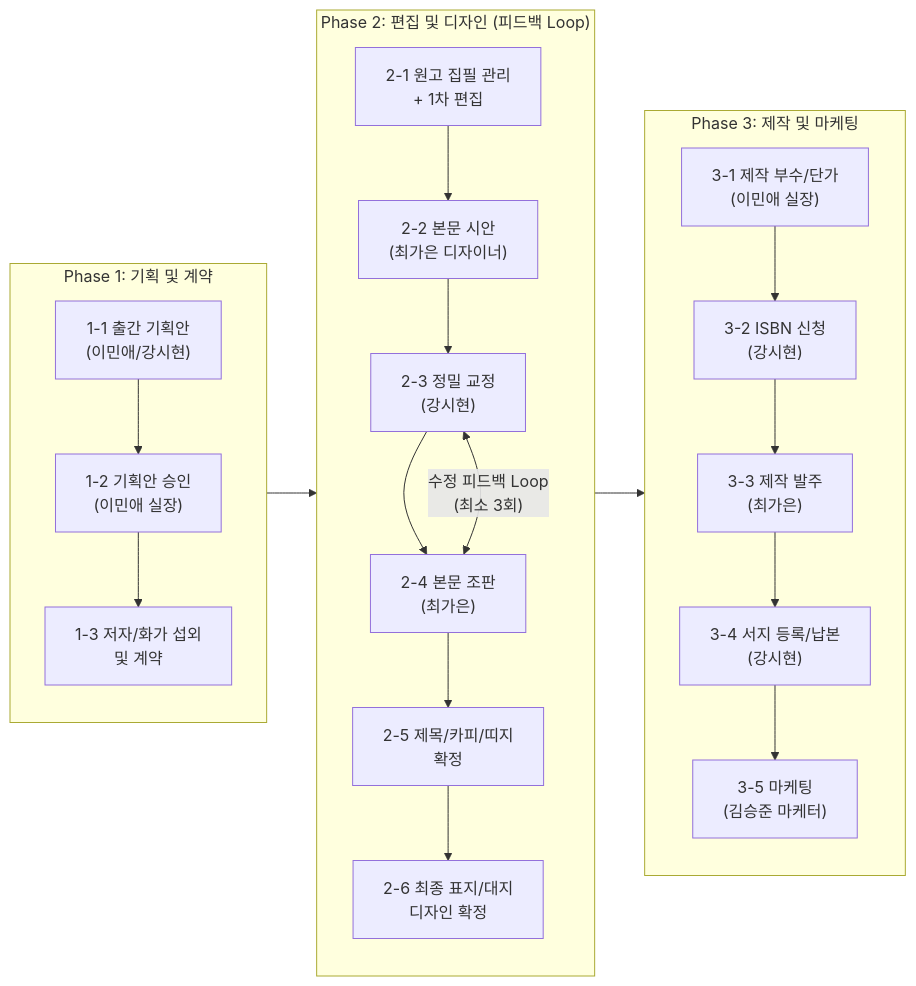
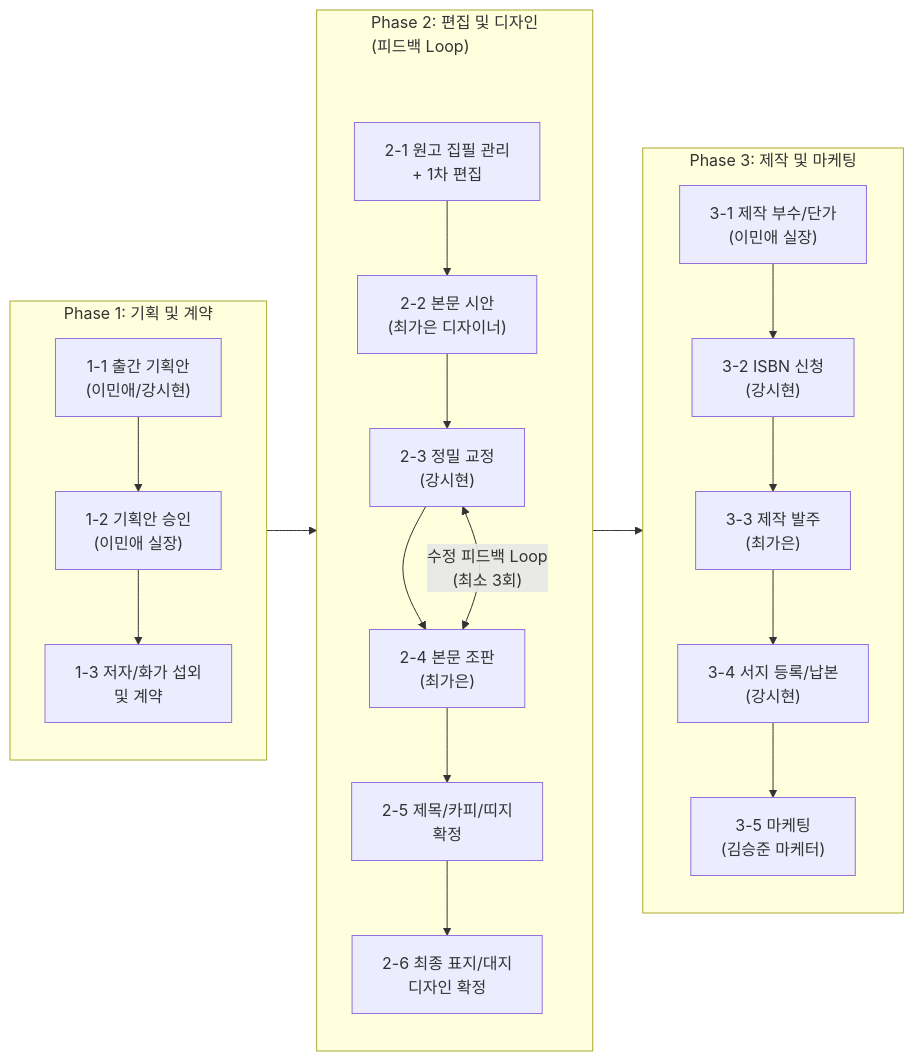
One commit to sknkwoxs/manual-book changed the fifth of 10 diagrams in src/content/docs/goodthinking-isp/02-analysis/business-analysis.md. Above: the diagram before and after it, drawn with Mermaid. The commit also changed other lines of this file and 16 other files, not shown here.

````diff
--- a/src/content/docs/goodthinking-isp/02-analysis/business-analysis.md
+++ b/src/content/docs/goodthinking-isp/02-analysis/business-analysis.md
@@ -168,25 +166,27 @@
 ```mermaid
 flowchart LR
     subgraph P1["Phase 1: 기획 및 계약"]
         E1["1-1 출간 기획안<br/>(이민애/강시현)"] --> E2["1-2 기획안 승인<br/>(이민애 실장)"]
         E2 --> E3["1-3 저자/화가 섭외<br/>및 계약"]
     end
 
-    subgraph P2["Phase 2: 편집 및 디자인 (피드백 Loop)"]
+    subgraph P2["Phase 2: 편집 및 디자인<br/>(피드백 Loop)"]
+        spacer2[" "] ~~~ F1
+        style spacer2 fill:none,stroke:none,color:transparent,width:0,height:0,padding:0
         F1["2-1 원고 집필 관리<br/>+ 1차 편집"] --> F2["2-2 본문 시안<br/>(최가은 디자이너)"]
         F2 --> F3["2-3 정밀 교정<br/>(강시현)"]
         F3 --> F4["2-4 본문 조판<br/>(최가은)"]
         F4 <-->|"수정 피드백 Loop<br/>(최소 3회)"| F3
         F4 --> F5["2-5 제목/카피/띠지<br/>확정"]
         F5 --> F6["2-6 최종 표지/대지<br/>디자인 확정"]
     end
 
     subgraph P3["Phase 3: 제작 및 마케팅"]
         G1["3-1 제작 부수/단가<br/>(이민애 실장)"] --> G2["3-2 ISBN 신청<br/>(강시현)"]
         G2 --> G3["3-3 제작 발주<br/>(최가은)"]
         G3 --> G4["3-4 서지 등록/납본<br/>(강시현)"]
         G4 --> G5["3-5 마케팅<br/>(김승준 마케터)"]
     end
 
     P1 --> P2 --> P3
 ```
````
